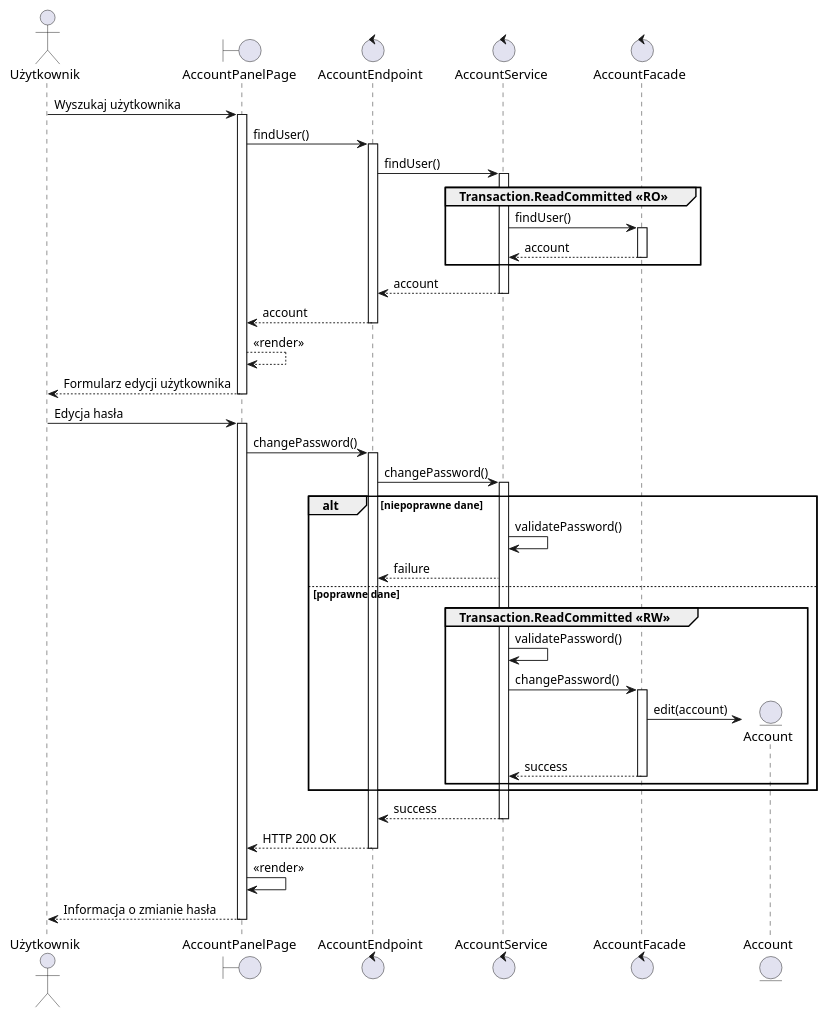
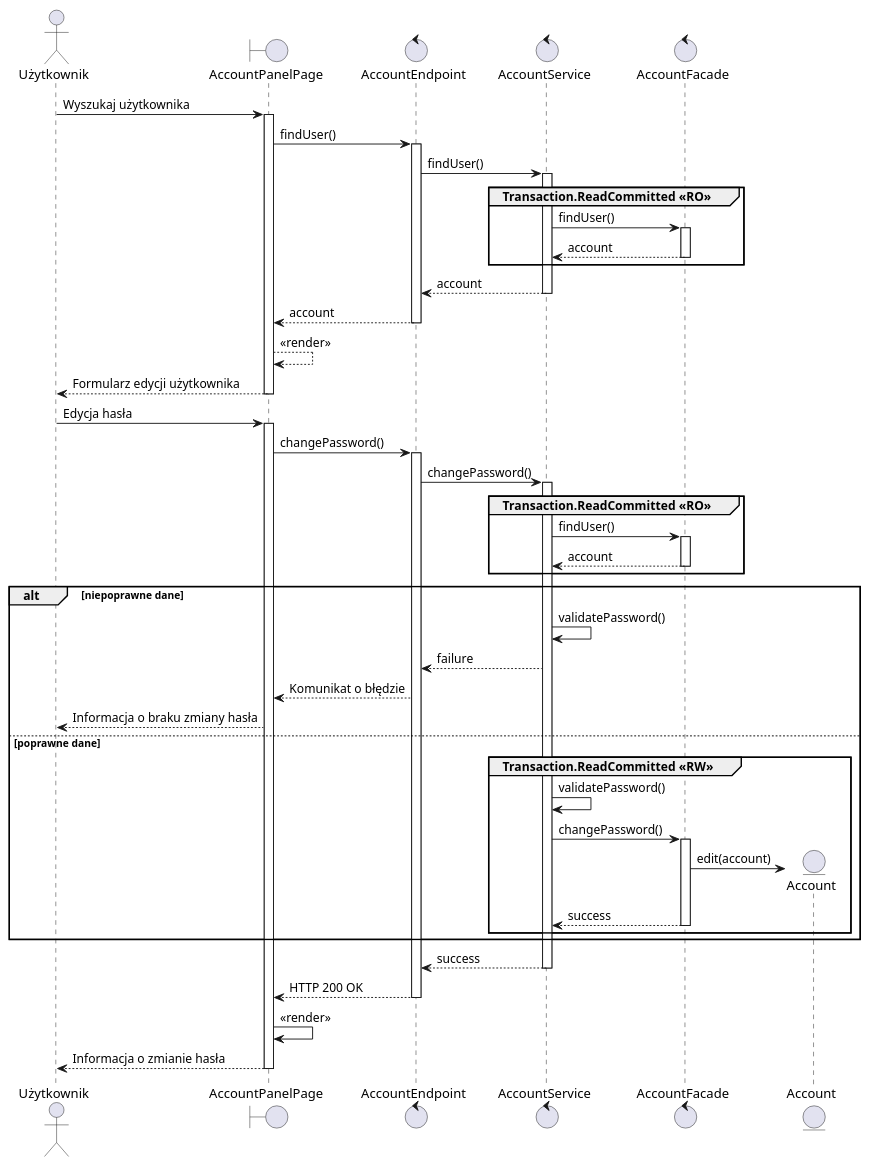
Before and after one commit to TheVivent-Politechnika-Lodzka/ssbd03_kic_uml: the diagram in src/rozdział 7/mok7.puml, drawn with PlantUML. The commit also changed 2 other files, not shown here.

```diff
--- a/src/rozdział 7/mok7.puml
+++ b/src/rozdział 7/mok7.puml
@@ -1,47 +1,55 @@
 @startuml MOK.7 Zmiana własnego hasła
 
 actor Użytkownik as client
 boundary AccountPanelPage as gui
 control AccountEndpoint as controller
 control AccountService as service
 control AccountFacade as facade
 entity Account as account
 
 client -> gui ++ : Wyszukaj użytkownika
 gui -> controller ++ :  findUser()
 controller -> service ++ : findUser()
 group Transaction.ReadCommitted <<RO>>
     service -> facade ++ : findUser()
     return account
 end
 return account
 return account
 gui --> gui : <<render>>
 return Formularz edycji użytkownika
 
 client -> gui ++ : Edycja hasła
 gui -> controller ++ : changePassword()
 controller -> service ++ : changePassword() 
 ' group Transaction. ?????
 ' service -> service : validatePassword()
 ' znajdz konto
 
+group Transaction.ReadCommitted <<RO>>
+    service -> facade ++ : findUser()
+    return account
+end
+
 alt niepoprawne dane
     service -> service : validatePassword()
     service --> controller : failure
+    controller --> gui : Komunikat o błędzie
+    gui --> client : Informacja o braku zmiany hasła
 else poprawne dane
     group Transaction.ReadCommitted <<RW>>
+    
         service -> service : validatePassword()
         service -> facade ++ : changePassword()
         facade -> account ** : edit(account)
     return success
     end
 end
 
 return success
 return HTTP 200 OK
 gui -> gui : <<render>>
 return Informacja o zmianie hasła
 
 
 @enduml
```
